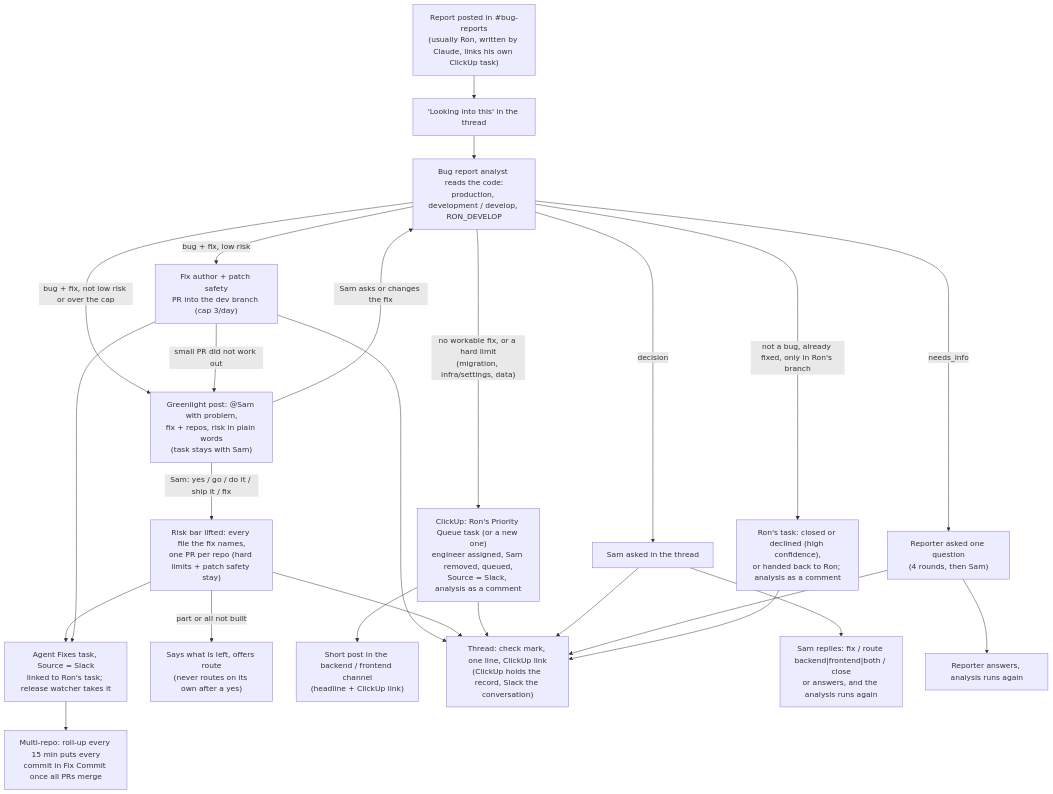
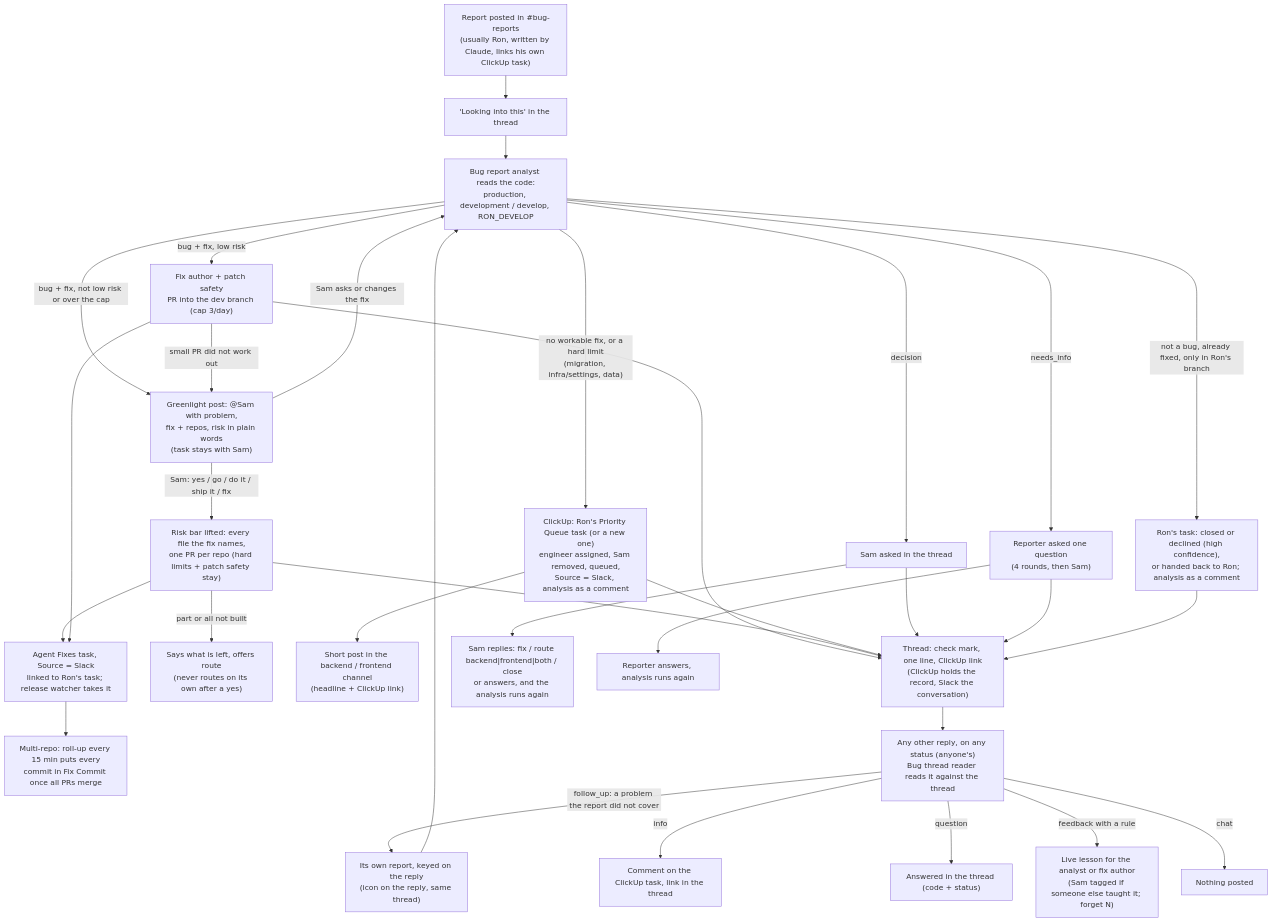
The eighth of 11 diagrams in WORKFLOWS.md (vomeadmin/vome-os), drawn with Mermaid before and after one commit. The commit also changed other lines of this file and 6 other files, not shown here.

````diff
--- a/WORKFLOWS.md
+++ b/WORKFLOWS.md
@@ -162,22 +162,29 @@
 ```mermaid
 flowchart TD
   R["Report posted in #bug-reports<br/>(usually Ron, written by Claude, links his own ClickUp task)"]:::built --> ACK["'Looking into this' in the thread"]:::built
   ACK --> AN["Bug report analyst reads the code:<br/>production, development / develop, RON_DEVELOP"]:::built
   AN -->|"bug + fix, low risk"| FX["Fix author + patch safety<br/>PR into the dev branch (cap 3/day)"]:::built
   AN -->|"bug + fix, not low risk or over the cap"| GL["Greenlight post: @Sam with problem,<br/>fix + repos, risk in plain words<br/>(task stays with Sam)"]:::built
   FX -->|small PR did not work out| GL
   GL -->|"Sam: yes / go / do it / ship it / fix"| GB["Risk bar lifted: every file the fix names,<br/>one PR per repo (hard limits + patch safety stay)"]:::built
   GL -->|"Sam asks or changes the fix"| AN
   GB --> AF
   GB -->|"part or all not built"| OFF["Says what is left, offers route<br/>(never routes on its own after a yes)"]:::built
   AF --> RU["Multi-repo: roll-up every 15 min puts every<br/>commit in Fix Commit once all PRs merge"]:::built
   FX --> AF["Agent Fixes task, Source = Slack<br/>linked to Ron's task; release watcher takes it"]:::built
   AN -->|"no workable fix, or a hard limit<br/>(migration, infra/settings, data)"| EN["ClickUp: Ron's Priority Queue task (or a new one)<br/>engineer assigned, Sam removed, queued,<br/>Source = Slack, analysis as a comment"]:::built
   EN --> CH["Short post in the backend / frontend channel<br/>(headline + ClickUp link)"]:::built
   AN -->|decision| SAM["Sam asked in the thread"]:::built
   AN -->|needs_info| ASK["Reporter asked one question<br/>(4 rounds, then Sam)"]:::built
   AN -->|not a bug, already fixed, only in Ron's branch| FIN["Ron's task: closed or declined (high confidence),<br/>or handed back to Ron; analysis as a comment"]:::built
   FX & GB & EN & SAM & ASK & FIN --> TH["Thread: check mark, one line, ClickUp link<br/>(ClickUp holds the record, Slack the conversation)"]:::built
   SAM --> CMD["Sam replies: fix / route backend|frontend|both / close<br/>or answers, and the analysis runs again"]:::built
   ASK --> RE["Reporter answers, analysis runs again"]:::built
+  TH --> RD["Any other reply, on any status (anyone's)<br/>Bug thread reader reads it against the thread"]:::built
+  RD -->|"follow_up: a problem the report did not cover"| FU["Its own report, keyed on the reply<br/>(icon on the reply, same thread)"]:::built
+  FU --> AN
+  RD -->|"info"| NOTE["Comment on the ClickUp task, link in the thread"]:::built
+  RD -->|"question"| ANS["Answered in the thread (code + status)"]:::built
+  RD -->|"feedback with a rule"| LES["Live lesson for the analyst or fix author<br/>(Sam tagged if someone else taught it; forget N)"]:::built
+  RD -->|"chat"| QUIET["Nothing posted"]:::built
 ```
````
